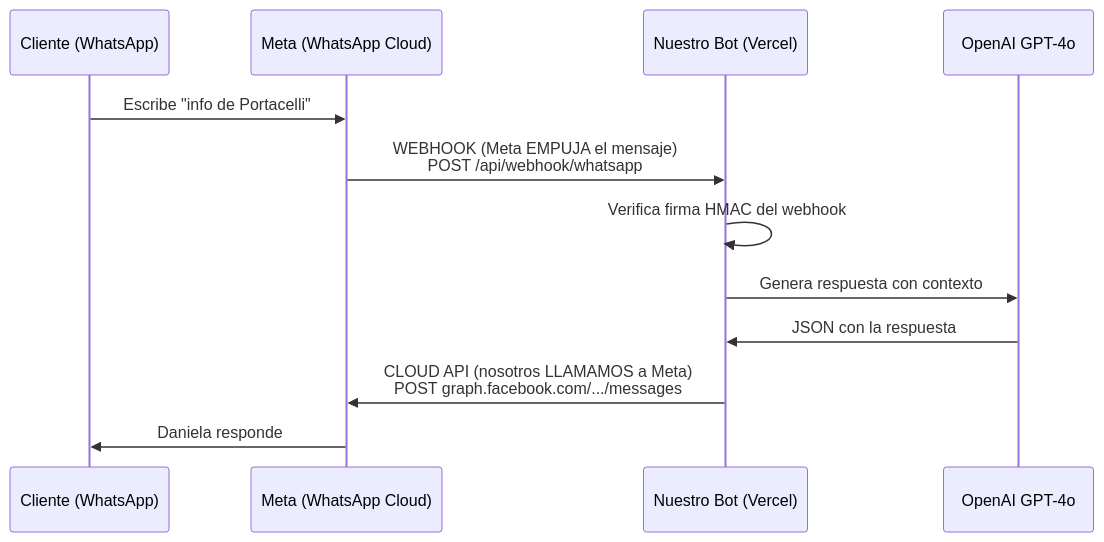
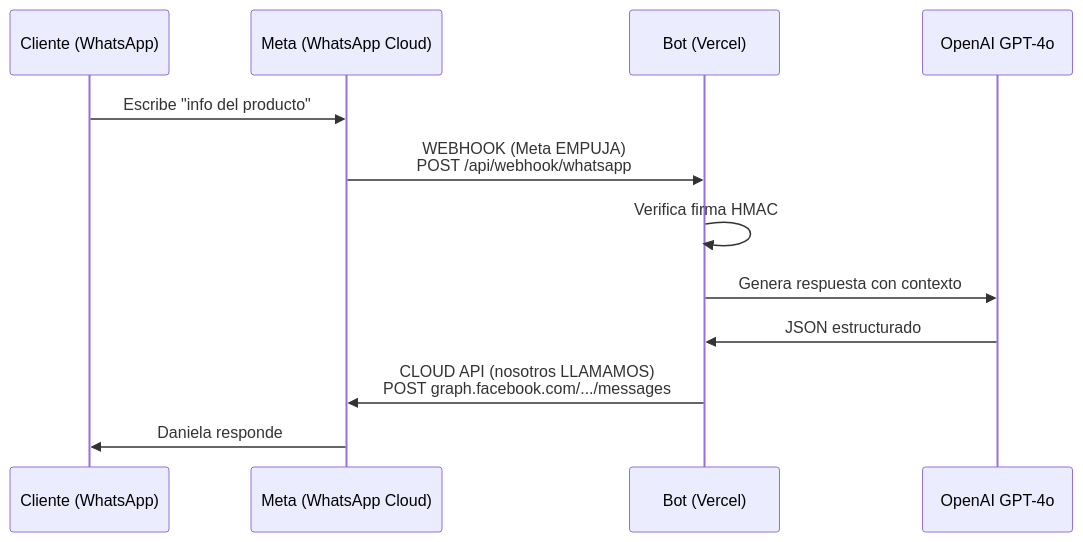
The diagram in docs/ARQUITECTURA-Y-SETUP.md (LeeMichael24/GT-JARVIS-BOT), drawn with Mermaid before and after one commit. The commit also changed other lines of this file, not shown here.

````diff
--- a/docs/ARQUITECTURA-Y-SETUP.md
+++ b/docs/ARQUITECTURA-Y-SETUP.md
@@ -53,15 +53,15 @@
 ```mermaid
 sequenceDiagram
     participant C as Cliente (WhatsApp)
     participant M as Meta (WhatsApp Cloud)
-    participant B as Nuestro Bot (Vercel)
+    participant B as Bot (Vercel)
     participant AI as OpenAI GPT-4o
 
-    C->>M: Escribe "info de Portacelli"
-    M->>B: WEBHOOK (Meta EMPUJA el mensaje)<br/>POST /api/webhook/whatsapp
-    B->>B: Verifica firma HMAC del webhook
+    C->>M: Escribe "info del producto"
+    M->>B: WEBHOOK (Meta EMPUJA)<br/>POST /api/webhook/whatsapp
+    B->>B: Verifica firma HMAC
     B->>AI: Genera respuesta con contexto
-    AI->>B: JSON con la respuesta
-    B->>M: CLOUD API (nosotros LLAMAMOS a Meta)<br/>POST graph.facebook.com/.../messages
+    AI->>B: JSON estructurado
+    B->>M: CLOUD API (nosotros LLAMAMOS)<br/>POST graph.facebook.com/.../messages
     M->>C: Daniela responde
 ```
````
